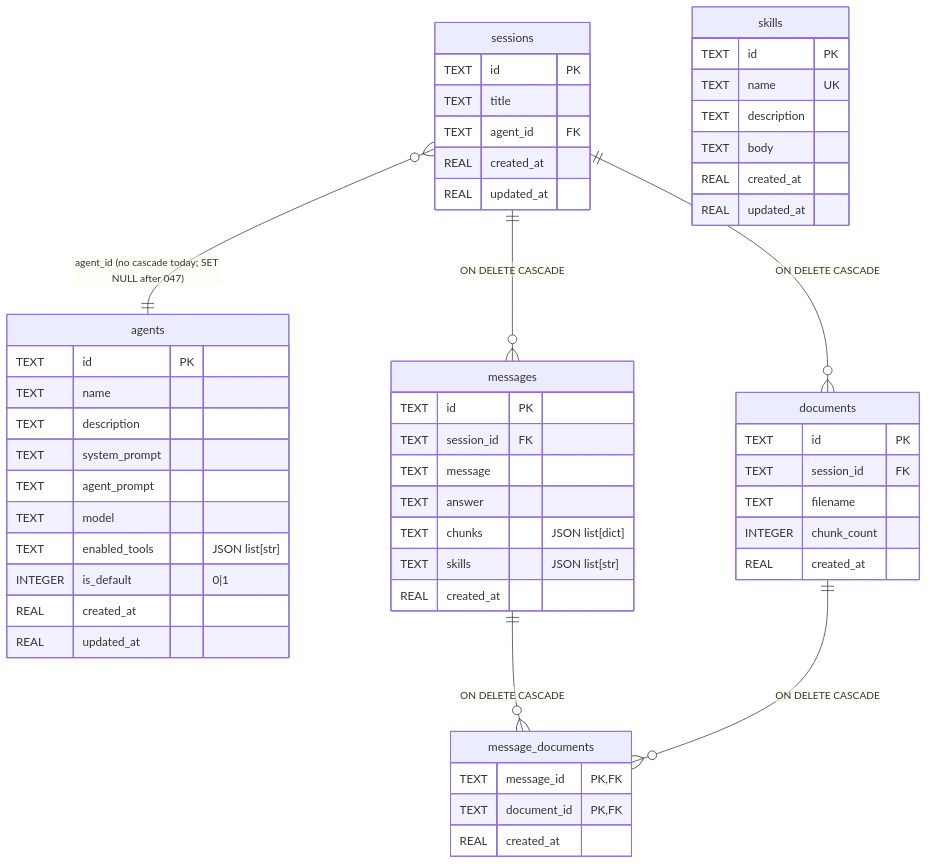
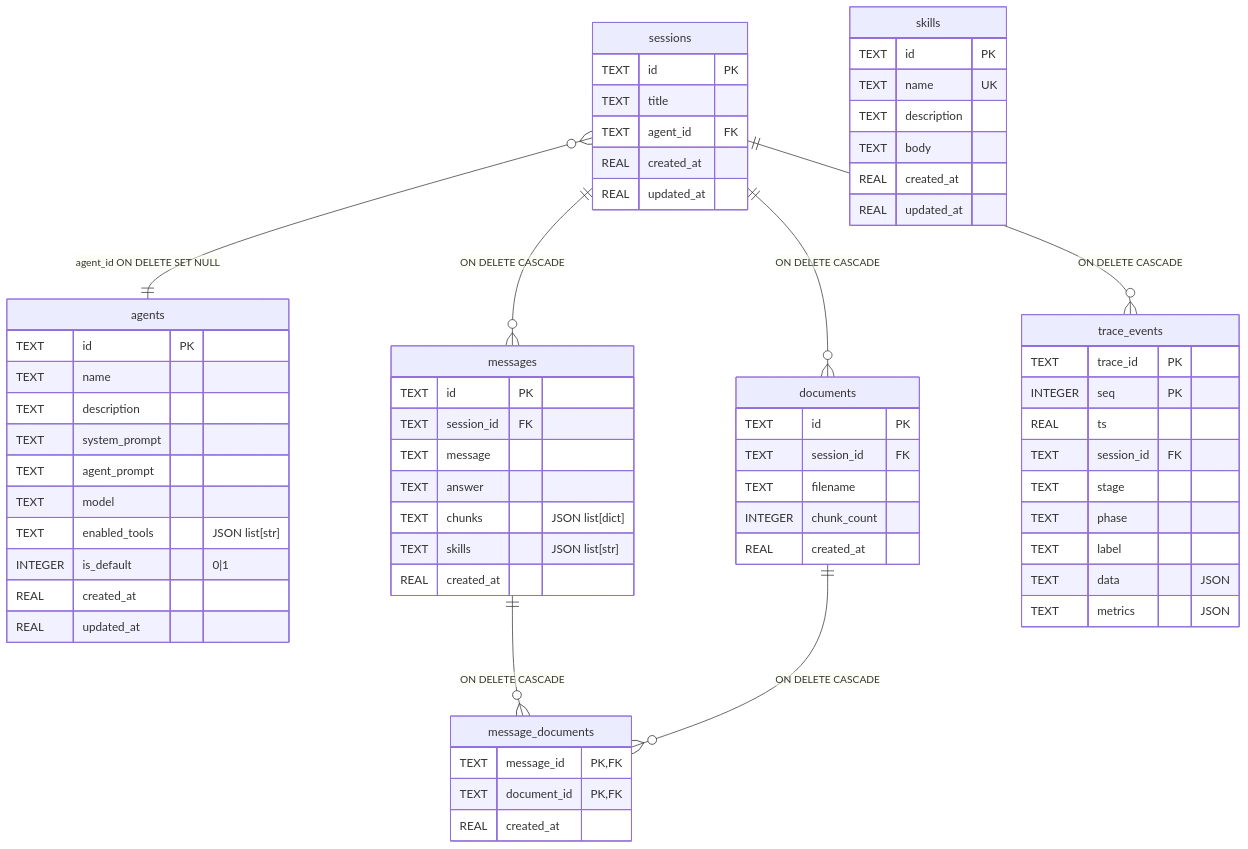
Before and after one commit to marconildo/AgentSimulator: the diagram in docs/data-model.md, drawn with Mermaid. The commit also changed other lines of this file and 12 other files, not shown here.

Commit message:
feat: implement durable trace storage by adding a trace_events table and database fallback for trace retrieval

````diff
--- a/docs/data-model.md
+++ b/docs/data-model.md
@@ -16,57 +16,69 @@
 ```mermaid
 erDiagram
     sessions {
         TEXT id PK
         TEXT title
         TEXT agent_id FK
         REAL created_at
         REAL updated_at
     }
     agents {
         TEXT id PK
         TEXT name
         TEXT description
         TEXT system_prompt
         TEXT agent_prompt
         TEXT model
         TEXT enabled_tools "JSON list[str]"
         INTEGER is_default "0|1"
         REAL created_at
         REAL updated_at
     }
     messages {
         TEXT id PK
         TEXT session_id FK
         TEXT message
         TEXT answer
         TEXT chunks "JSON list[dict]"
         TEXT skills "JSON list[str]"
         REAL created_at
     }
     documents {
         TEXT id PK
         TEXT session_id FK
         TEXT filename
         INTEGER chunk_count
         REAL created_at
     }
     message_documents {
         TEXT message_id PK,FK
         TEXT document_id PK,FK
         REAL created_at
     }
     skills {
         TEXT id PK
         TEXT name UK
         TEXT description
         TEXT body
         REAL created_at
         REAL updated_at
     }
+    trace_events {
+        TEXT trace_id PK
+        INTEGER seq PK
+        REAL ts
+        TEXT session_id FK
+        TEXT stage
+        TEXT phase
+        TEXT label
+        TEXT data "JSON"
+        TEXT metrics "JSON"
+    }
 
-    sessions          }o--|| agents   : "agent_id (no cascade today; SET NULL after 047)"
+    sessions          }o--|| agents   : "agent_id ON DELETE SET NULL"
     sessions          ||--o{ messages : "ON DELETE CASCADE"
     sessions          ||--o{ documents : "ON DELETE CASCADE"
+    sessions          ||--o{ trace_events : "ON DELETE CASCADE"
     messages          ||--o{ message_documents : "ON DELETE CASCADE"
     documents         ||--o{ message_documents : "ON DELETE CASCADE"
 ```
````
